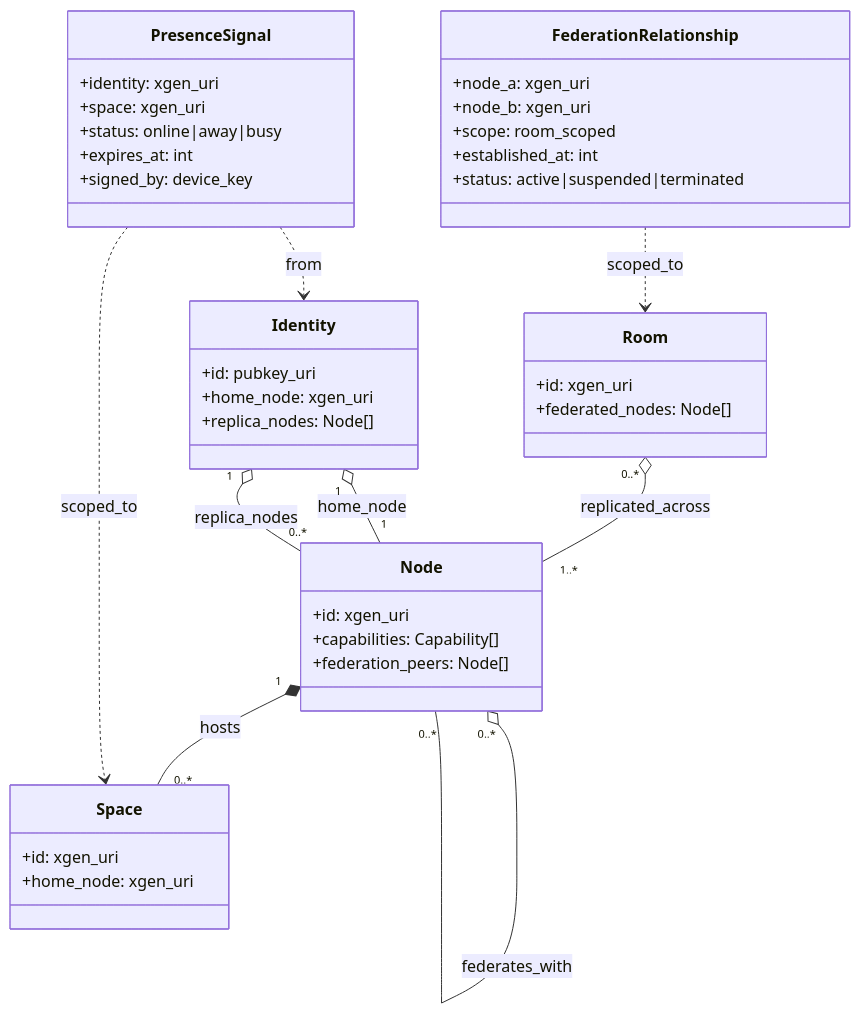
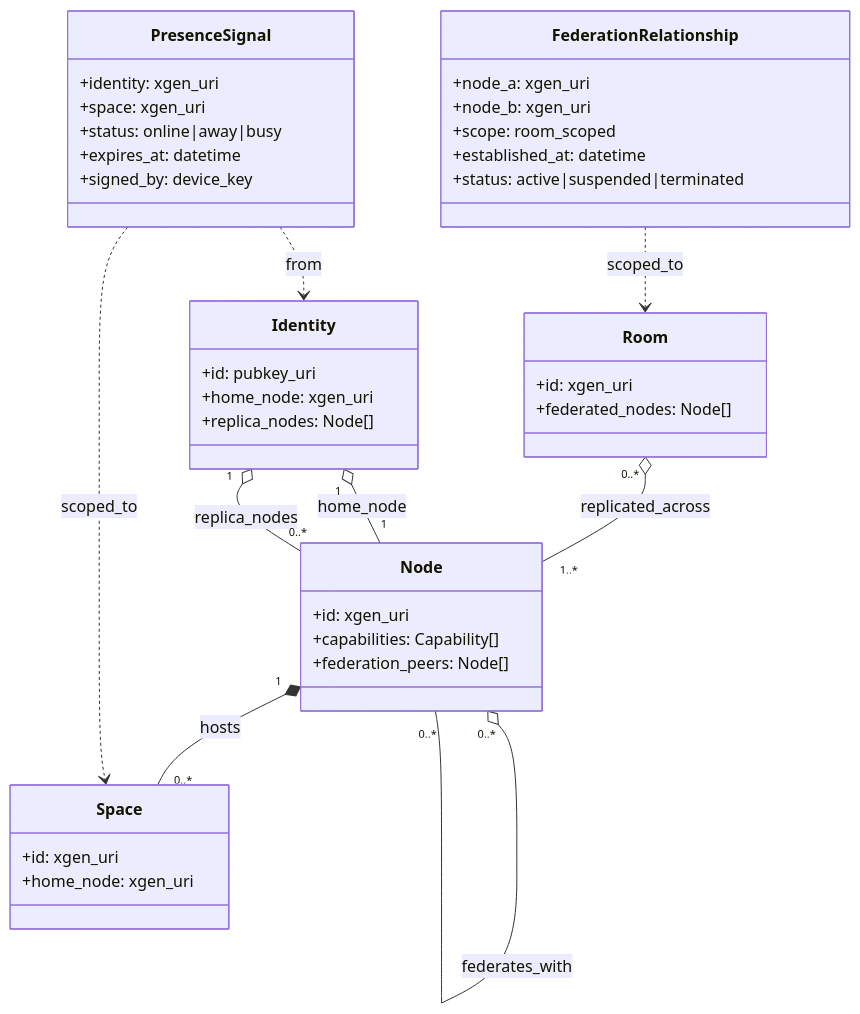
Before and after one commit to ianus777/XGenProtocol: diagram 14 of 15 in docs/xgen_appendix_c_en.md, drawn with Mermaid. The commit also changed other lines of this file and 1 other file, not shown here.

````diff
--- a/docs/xgen_appendix_c_en.md
+++ b/docs/xgen_appendix_c_en.md
@@ -872,44 +1010,44 @@
 ```mermaid
 classDiagram
     class Node {
         +id: xgen_uri
         +capabilities: Capability[]
         +federation_peers: Node[]
     }
     class Space {
         +id: xgen_uri
         +home_node: xgen_uri
     }
     class Room {
         +id: xgen_uri
         +federated_nodes: Node[]
     }
     class Identity {
         +id: pubkey_uri
         +home_node: xgen_uri
         +replica_nodes: Node[]
     }
     class FederationRelationship {
         +node_a: xgen_uri
         +node_b: xgen_uri
         +scope: room_scoped
-        +established_at: int
+        +established_at: datetime
         +status: active|suspended|terminated
     }
     class PresenceSignal {
         +identity: xgen_uri
         +space: xgen_uri
         +status: online|away|busy
-        +expires_at: int
+        +expires_at: datetime
         +signed_by: device_key
     }
 
     Node "0..*" o-- "0..*" Node : federates_with
     Node "1" *-- "0..*" Space : hosts
     Room "0..*" o-- "1..*" Node : replicated_across
     Identity "1" o-- "1" Node : home_node
     Identity "1" o-- "0..*" Node : replica_nodes
     FederationRelationship ..> Room : scoped_to
     PresenceSignal ..> Space : scoped_to
     PresenceSignal ..> Identity : from
 ```
````
